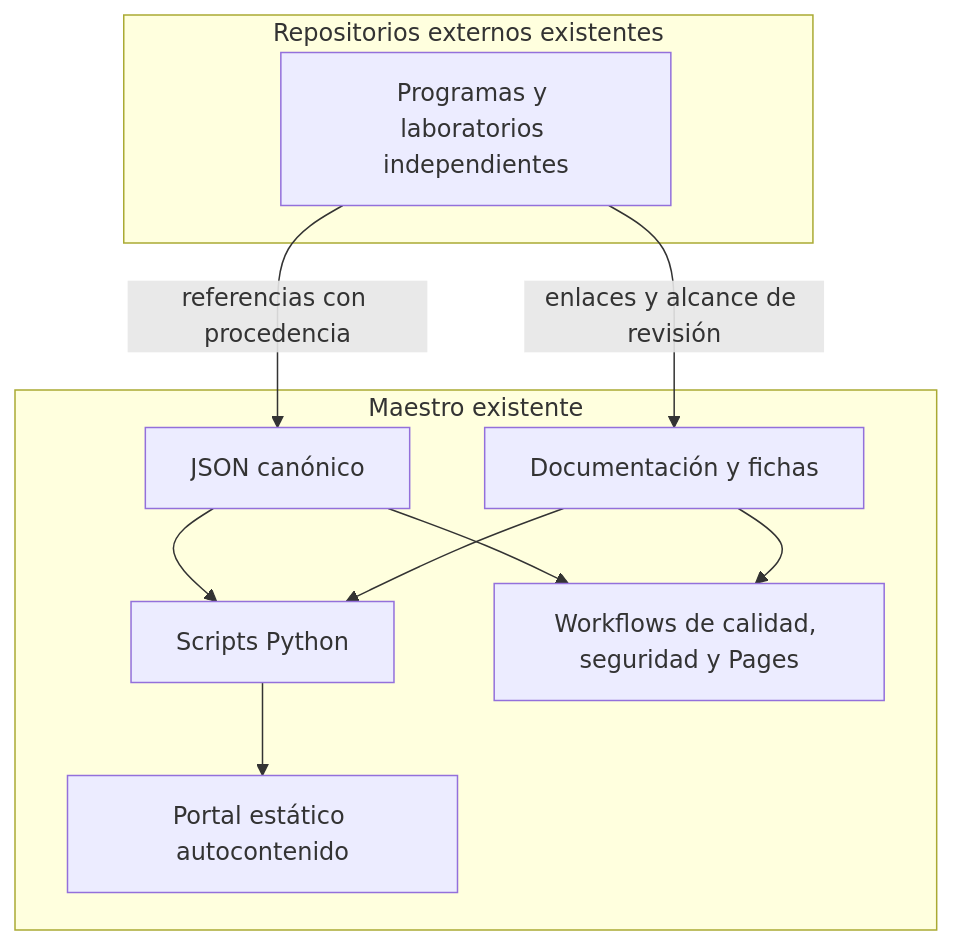
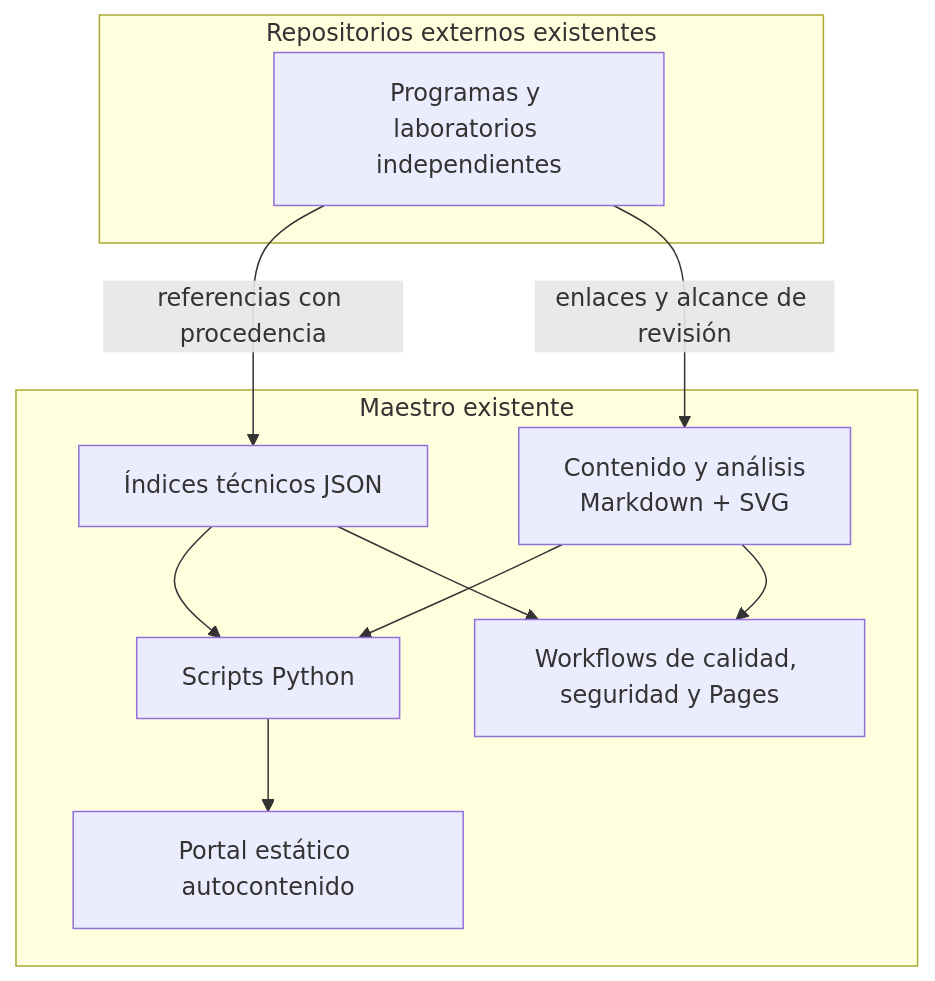
One commit to vladimiracunadev-create/lifelong-learning-ecosystem changed the first of 2 diagrams in docs/CURRENT_ARCHITECTURE.md. Above: the diagram before and after it, drawn with Mermaid. The commit also changed other lines of this file and 44 other files, not shown here.

Commit message:
docs: rebuild ecosystem around real learning flows

````diff
--- a/docs/CURRENT_ARCHITECTURE.md
+++ b/docs/CURRENT_ARCHITECTURE.md
@@ -20,21 +20,21 @@
 ```mermaid
 flowchart TB
     subgraph M[Maestro existente]
-        J[JSON canónico]
-        D[Documentación y fichas]
+        D[Contenido y análisis<br/>Markdown + SVG]
+        J[Índices técnicos JSON]
         T[Scripts Python]
         P[Portal estático autocontenido]
         W[Workflows de calidad, seguridad y Pages]
-        J --> T --> P
-        D --> T
+        D --> T --> P
+        J --> T
         J --> W
         D --> W
     end
 
     subgraph F[Repositorios externos existentes]
         R[Programas y laboratorios independientes]
     end
 
     R -->|referencias con procedencia| J
     R -->|enlaces y alcance de revisión| D
 ```
````
